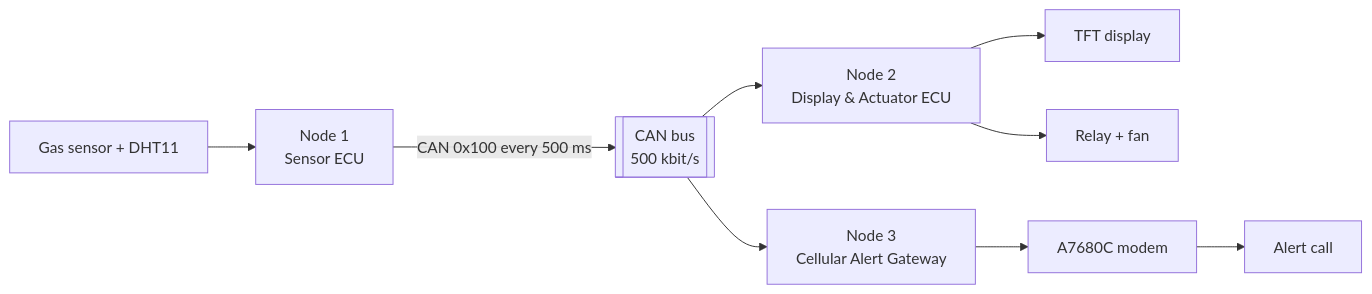
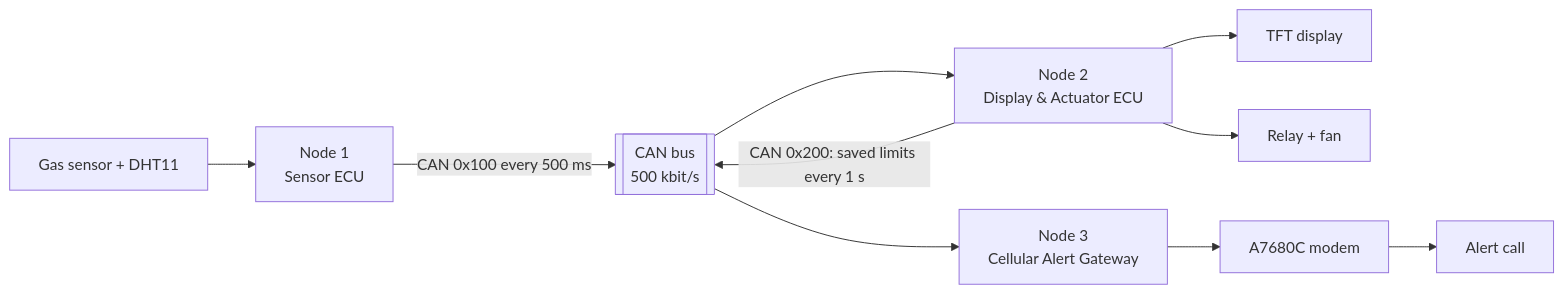
The diagram in README.md (TranVanVinh74/CAN_RTOS), drawn with Mermaid before and after one commit. The commit also changed other lines of this file and 17 other files, not shown here.

First line of the commit message:
feat(can): synchronize saved thresholds and apply hysteresis

````diff
--- a/README.md
+++ b/README.md
@@ -11,10 +11,11 @@
 ```mermaid
 flowchart LR
     S["Gas sensor + DHT11"] --> N1["Node 1<br/>Sensor ECU"]
     N1 -- "CAN 0x100 every 500 ms" --> BUS[["CAN bus<br/>500 kbit/s"]]
     BUS --> N2["Node 2<br/>Display & Actuator ECU"]
     BUS --> N3["Node 3<br/>Cellular Alert Gateway"]
+    N2 -- "CAN 0x200: saved limits every 1 s" --> BUS
     N2 --> TFT["TFT display"]
     N2 --> FAN["Relay + fan"]
     N3 --> MDM["A7680C modem"] --> PHONE["Alert call"]
 ```
````
